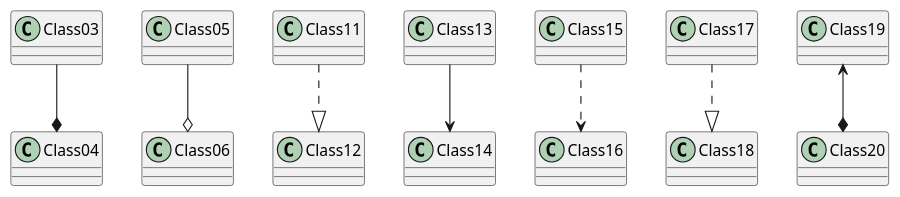
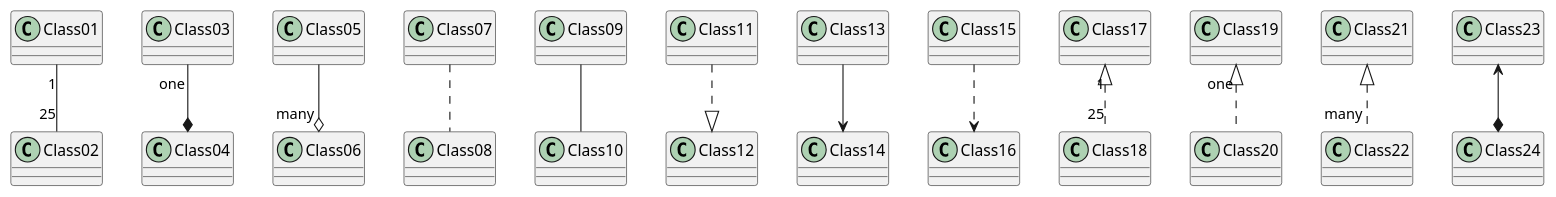
One commit to Tomas124589/pyplaml changed the diagram in examples/03_relations.puml. Above: the diagram before and after it, drawn with PlantUML. The commit also changed 4 other files, not shown here.

```diff
--- a/examples/03_relations.puml
+++ b/examples/03_relations.puml
@@ -1,11 +1,14 @@
 @startuml "Relations"
-Class03 --* Class04
-Class05 --o Class06
-' Class07 ... Class08
-' Class09 -- Class10
+Class01 "1" -- "25" Class02
+Class03 "one" --* Class04
+Class05 --o "many" Class06
+Class07 .. Class08
+Class09 -- Class10
 Class11 ..|> Class12
 Class13 --> Class14
 Class15 ..> Class16
-Class17 ..|> Class18
-Class19 <--* Class20
+Class17 "1" <|.. "25" Class18
+Class19 "one" <|.. Class20
+Class21 <|.. "many" Class22
+Class23 <--* Class24
 @enduml
```
